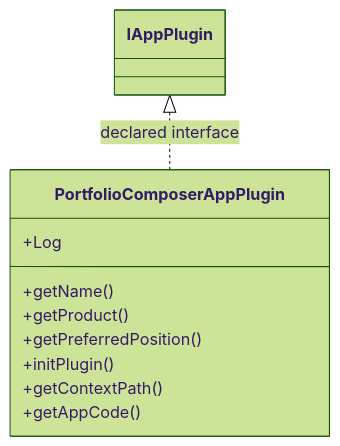
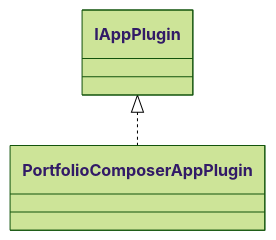
One commit to haruperi/HaruQuantAI changed the diagram in docs/sqx/PortfolioComposer/AppPortfolioComposer.md. Above: the diagram before and after it, drawn with Mermaid (forest theme). The commit also changed other lines of this file and 1688 other files, not shown here.

````diff
--- a/docs/sqx/PortfolioComposer/AppPortfolioComposer.md
+++ b/docs/sqx/PortfolioComposer/AppPortfolioComposer.md
@@ -30,14 +26,6 @@
 ```mermaid
 classDiagram
-    class Ce60ce315f808["PortfolioComposerAppPlugin"] {
-        +Log
-        +getName()
-        +getProduct()
-        +getPreferredPosition()
-        +initPlugin()
-        +getContextPath()
-        +getAppCode()
-    }
-    class C71ae2af47347["IAppPlugin"]
-    C71ae2af47347 <|.. Ce60ce315f808 : declared interface
+    class C0["PortfolioComposerAppPlugin"]
+    class E0["IAppPlugin"]
+    E0 <|.. C0
 ```
````
